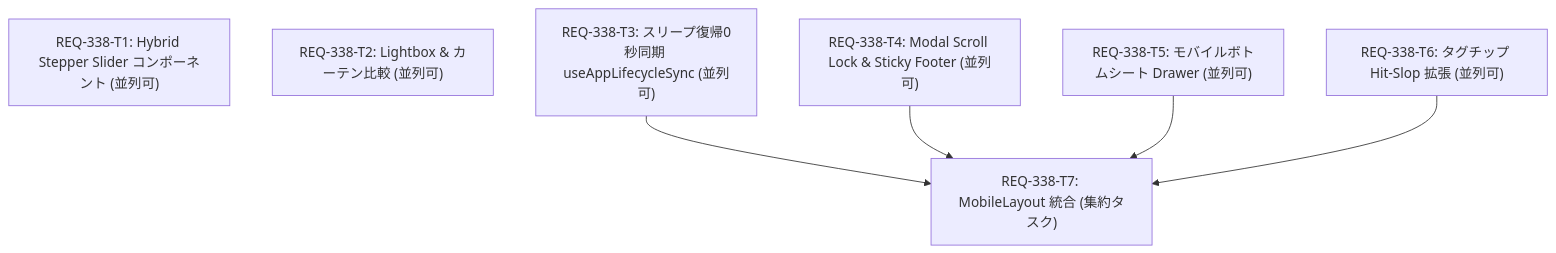
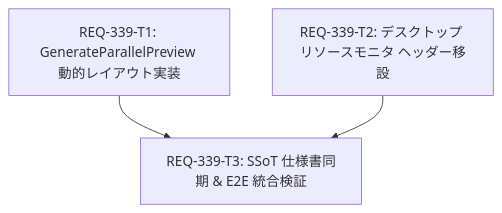
One commit to TAKE4548/comfy-create-helper2 changed the diagram in implementation_plan.md. Above: the diagram before and after it, drawn with Mermaid. The commit also changed other lines of this file and 13 other files, not shown here.

````diff
--- a/implementation_plan.md
+++ b/implementation_plan.md
@@ -78,15 +39,9 @@
 ```mermaid
 graph TD
-  REQ-338-T1["REQ-338-T1: Hybrid Stepper Slider コンポーネント (並列可)"]
-  REQ-338-T2["REQ-338-T2: Lightbox & カーテン比較 (並列可)"]
-  REQ-338-T3["REQ-338-T3: スリープ復帰0秒同期 useAppLifecycleSync (並列可)"]
-  REQ-338-T4["REQ-338-T4: Modal Scroll Lock & Sticky Footer (並列可)"]
-  REQ-338-T5["REQ-338-T5: モバイルボトムシート Drawer (並列可)"]
-  REQ-338-T6["REQ-338-T6: タグチップ Hit-Slop 拡張 (並列可)"]
-  REQ-338-T7["REQ-338-T7: MobileLayout 統合 (集約タスク)"]
+  REQ-339-T1["REQ-339-T1: GenerateParallelPreview 動的レイアウト実装"]
+  REQ-339-T2["REQ-339-T2: デスクトップ リソースモニタ ヘッダー移設"]
+  REQ-339-T3["REQ-339-T3: SSoT 仕様書同期 & E2E 統合検証"]
 
-  REQ-338-T3 --> REQ-338-T7
-  REQ-338-T4 --> REQ-338-T7
-  REQ-338-T5 --> REQ-338-T7
-  REQ-338-T6 --> REQ-338-T7
+  REQ-339-T1 --> REQ-339-T3
+  REQ-339-T2 --> REQ-339-T3
 ```
````
